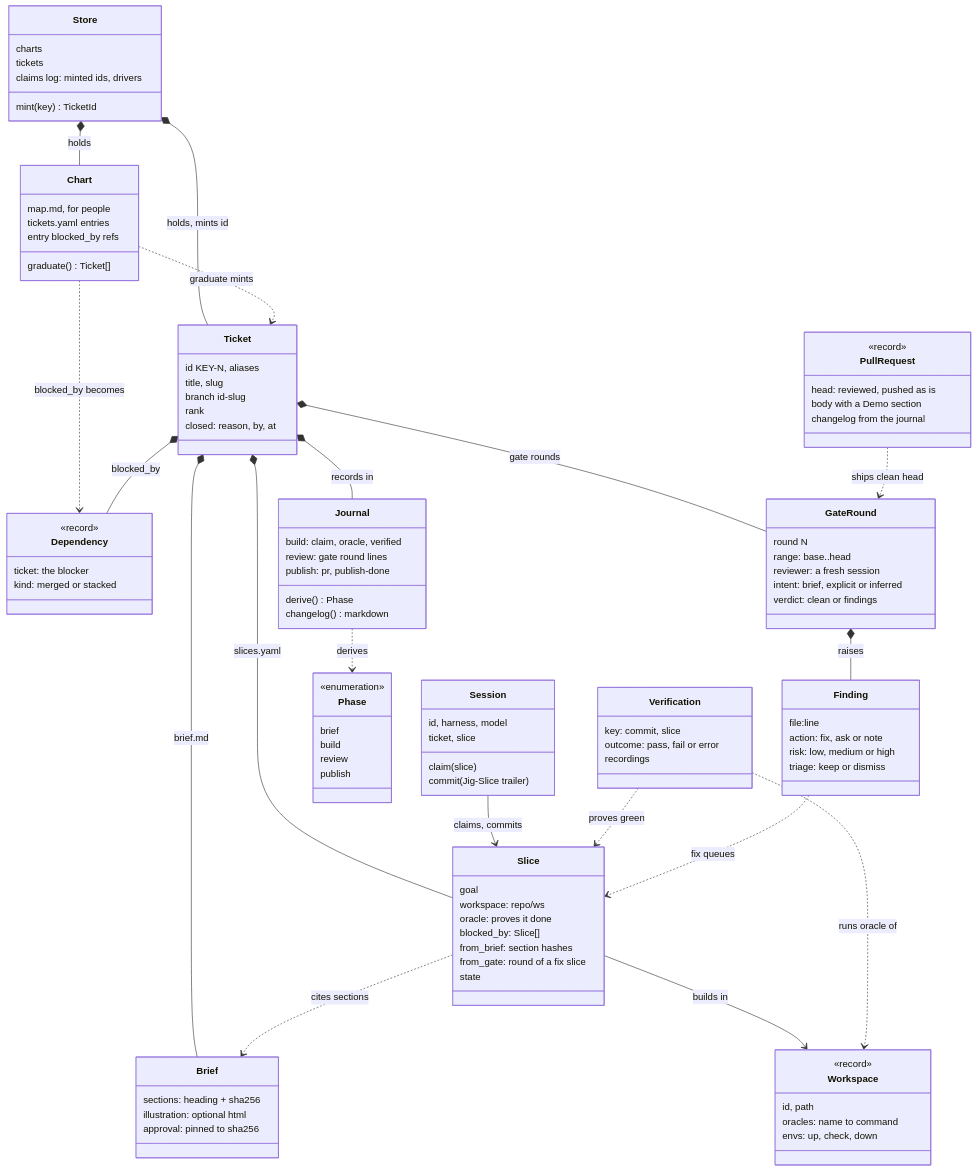
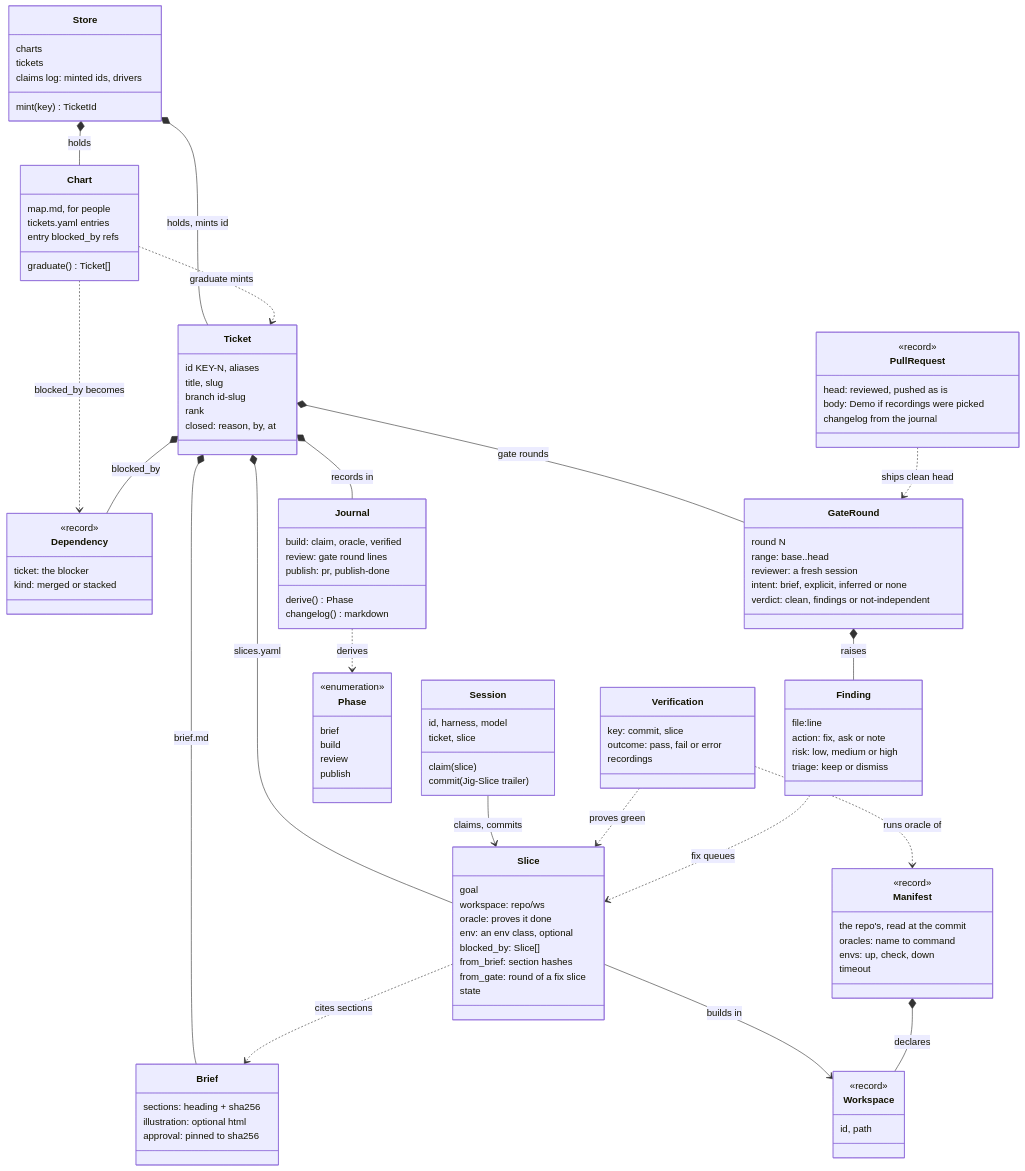
Before and after one commit to develdeco/jig: the second of 5 diagrams in docs/diagrams.md, drawn with Mermaid. The commit also changed other lines of this file, not shown here.

First line of the commit message:
docs: correct the diagrams against the code, per review

```diff
--- a/docs/diagrams.md
+++ b/docs/diagrams.md
@@ -95,16 +96,22 @@
     goal
     workspace: repo/ws
     oracle: proves it done
+    env: an env class, optional
     blocked_by: Slice[]
     from_brief: section hashes
     from_gate: round of a fix slice
     state
   }
+  class Manifest {
+    <<record>>
+    the repo's, read at the commit
+    oracles: name to command
+    envs: up, check, down
+    timeout
+  }
   class Workspace {
     <<record>>
     id, path
-    oracles: name to command
-    envs: up, check, down
   }
   class Session {
     id, harness, model
@@ -135,8 +142,8 @@
     round N
     range: base..head
     reviewer: a fresh session
-    intent: brief, explicit or inferred
-    verdict: clean or findings
+    intent: brief, explicit, inferred or none
+    verdict: clean, findings or not-independent
   }
   class Finding {
     file:line
@@ -147,7 +154,7 @@
   class PullRequest {
     <<record>>
     head: reviewed, pushed as is
-    body with a Demo section
+    body: Demo if recordings were picked
     changelog from the journal
   }
 
@@ -165,7 +172,8 @@
   Session --> Slice : claims, commits
   Verification ..> Slice : proves green
   Slice --> Workspace : builds in
-  Verification ..> Workspace : runs oracle of
+  Manifest *-- Workspace : declares
+  Verification ..> Manifest : runs oracle of
   GateRound *-- Finding : raises
   Finding ..> Slice : fix queues
   PullRequest ..> GateRound : ships clean head
```
